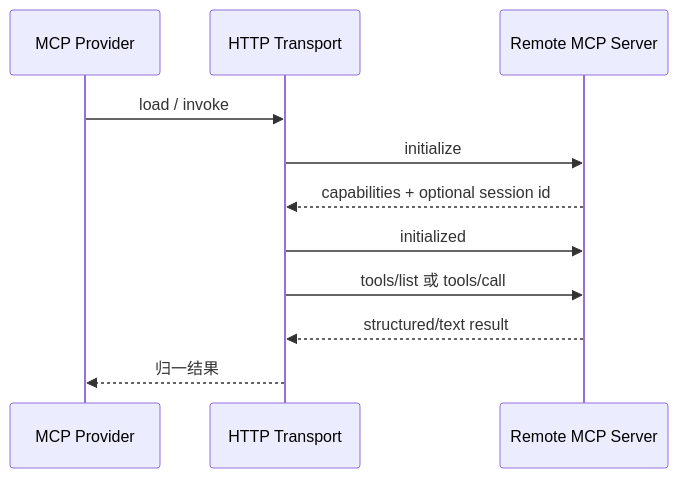
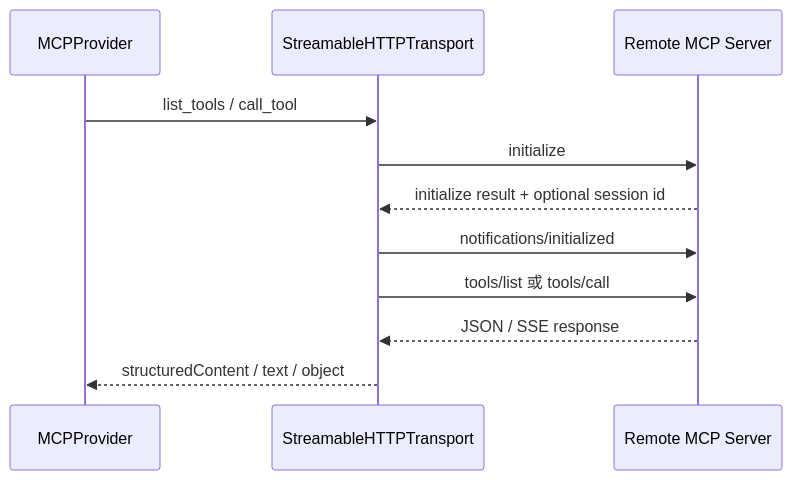
Diagram 11 of 15 in docs/05-capability-and-tool-system.md (Arthur999459up/GitAgent), drawn with Mermaid before and after one commit. The commit also changed other lines of this file and 3 other files, not shown here.

````diff
--- a/docs/05-capability-and-tool-system.md
+++ b/docs/05-capability-and-tool-system.md
@@ -240,13 +785,14 @@
 ```mermaid
 sequenceDiagram
-    participant P as MCP Provider
-    participant T as HTTP Transport
+    participant P as MCPProvider
+    participant T as StreamableHTTPTransport
     participant S as Remote MCP Server
-    P->>T: load / invoke
+
+    P->>T: list_tools / call_tool
     T->>S: initialize
-    S-->>T: capabilities + optional session id
-    T->>S: initialized
+    S-->>T: initialize result + optional session id
+    T->>S: notifications/initialized
     T->>S: tools/list 或 tools/call
-    S-->>T: structured/text result
-    T-->>P: 归一结果
+    S-->>T: JSON / SSE response
+    T-->>P: structuredContent / text / object
 ```
````
